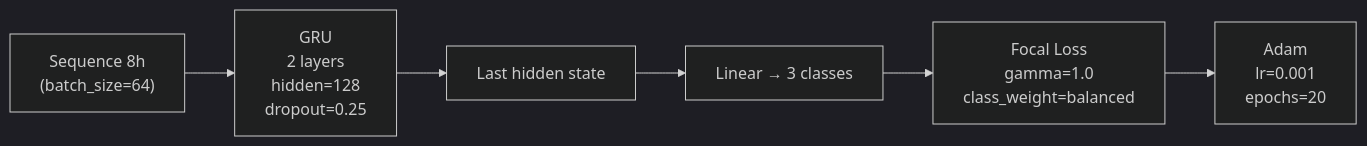
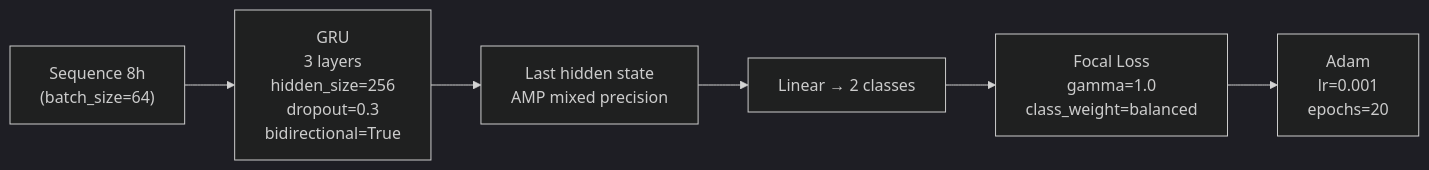
Before and after one commit to ultimateBroK/thesis-compact: the second of 6 diagrams in docs/model-training.md, drawn with Mermaid (dark theme). The commit also changed other lines of this file and 32 other files, not shown here.

````diff
--- a/docs/model-training.md
+++ b/docs/model-training.md
@@ -77,8 +77,8 @@
 ```mermaid
 flowchart LR
-    A["Sequence 8h<br/>(batch_size=64)"] --> B["GRU<br/>2 layers<br/>hidden=128<br/>dropout=0.25"]
-    B --> C["Last hidden state"]
-    C --> D["Linear → 3 classes"]
+    A["Sequence 8h<br/>(batch_size=64)"] --> B["GRU<br/>3 layers<br/>hidden_size=256<br/>dropout=0.3<br/>bidirectional=True"]
+    B --> C["Last hidden state<br/>AMP mixed precision"]
+    C --> D["Linear → 2 classes"]
     D --> E["Focal Loss<br/>gamma=1.0<br/>class_weight=balanced"]
     E --> F["Adam<br/>lr=0.001<br/>epochs=20"]
 ```
````
